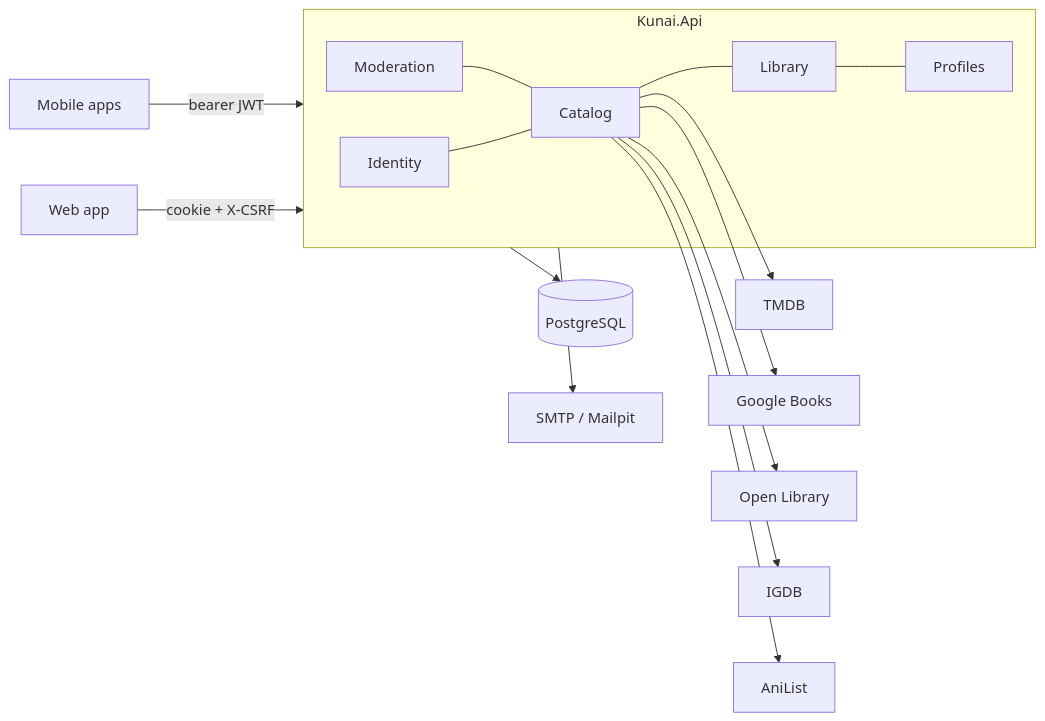
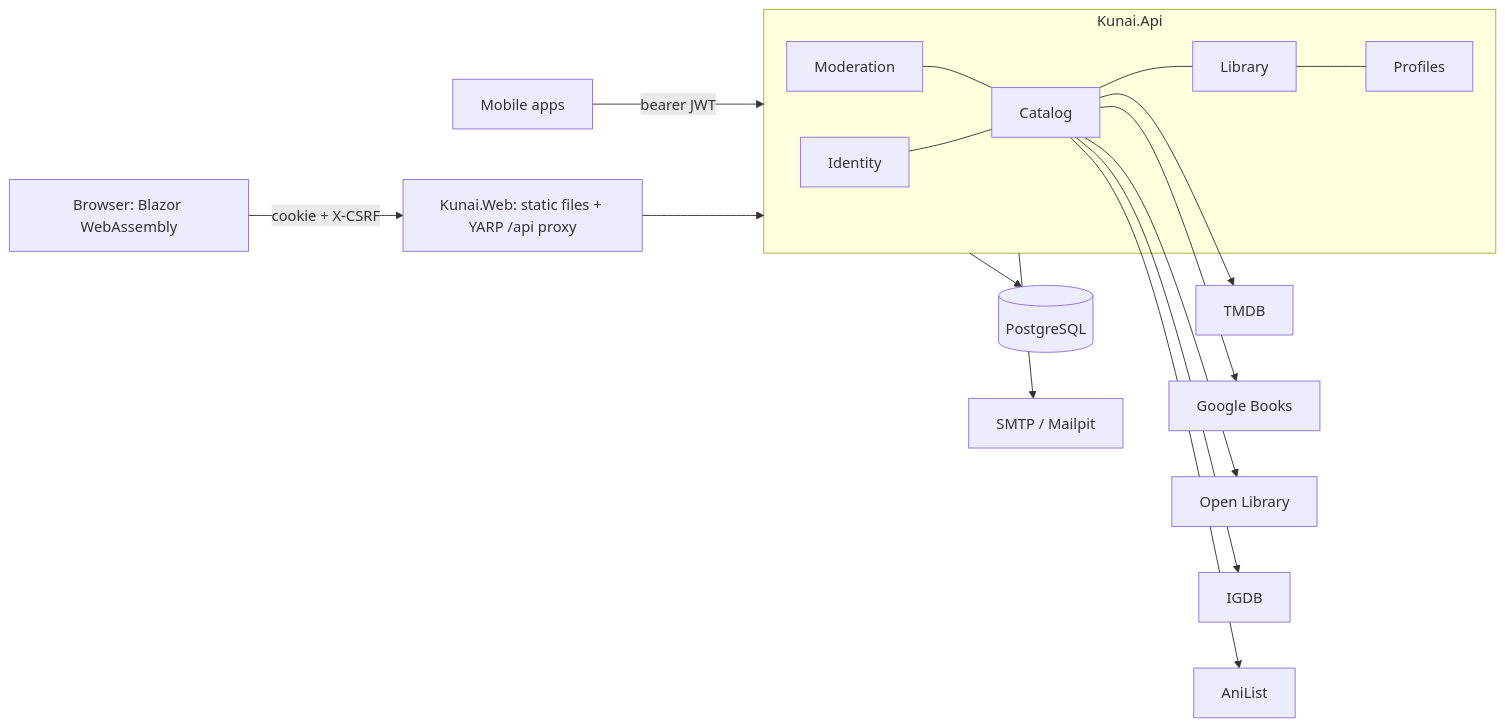
Before and after one commit to hanakpinar/kunai: the diagram in README.md, drawn with Mermaid. The commit also changed other lines of this file and 3 other files, not shown here.

First line of the commit message:
docs: document the web app

````diff
--- a/README.md
+++ b/README.md
@@ -36,18 +38,19 @@
 ```mermaid
 flowchart LR
-    web[Web app] -- cookie + X-CSRF --> api
+    browser[Browser: Blazor WebAssembly] -- cookie + X-CSRF --> web[Kunai.Web: static files + YARP /api proxy]
+    web --> api
     mobile[Mobile apps] -- bearer JWT --> api
     subgraph api[Kunai.Api]
         identity[Identity] --- catalog[Catalog]
         catalog --- library[Library]
         library --- profiles[Profiles]
         moderation[Moderation] --- catalog
     end
     api --> db[(PostgreSQL)]
     api --> mail[SMTP / Mailpit]
     catalog --> tmdb[TMDB]
     catalog --> gbooks[Google Books]
     catalog --> olib[Open Library]
     catalog --> igdb[IGDB]
     catalog --> anilist[AniList]
 ```
````
